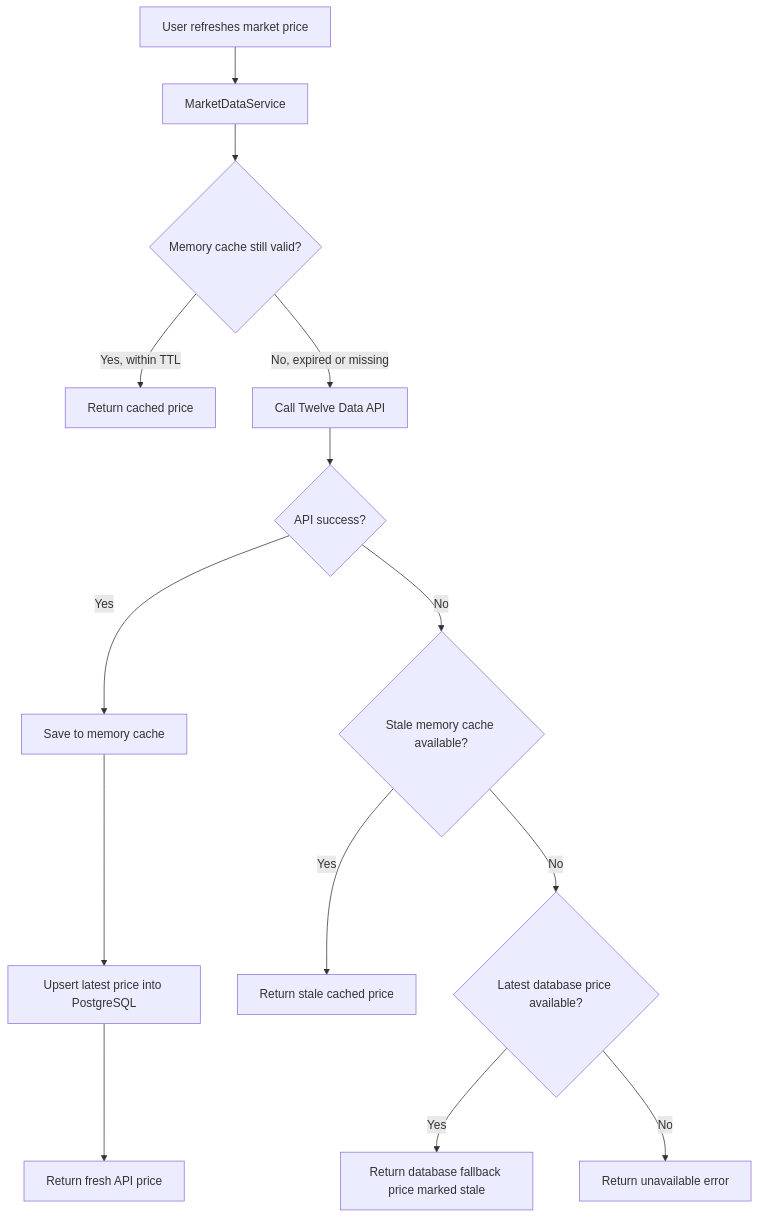
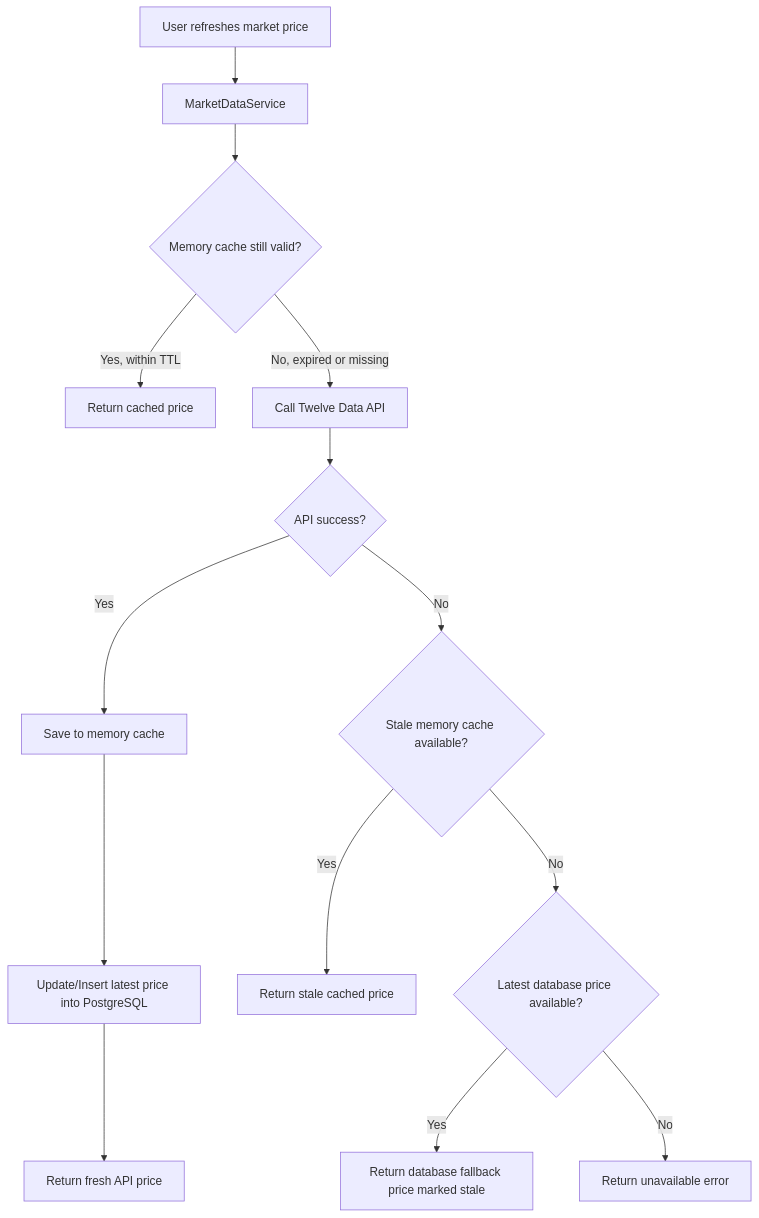
The diagram in README.md (chawki-Y/trade-lifecycle-management-system), drawn with Mermaid before and after one commit. The commit also changed other lines of this file, not shown here.

````diff
--- a/README.md
+++ b/README.md
@@ -425,16 +425,16 @@
 ```mermaid
 flowchart TD
     A["User refreshes market price"] --> B["MarketDataService"]
     B --> C{"Memory cache still valid?"}
     C -- "Yes, within TTL" --> D["Return cached price"]
     C -- "No, expired or missing" --> E["Call Twelve Data API"]
     E --> F{"API success?"}
     F -- "Yes" --> G["Save to memory cache"]
-    G --> H["Upsert latest price into PostgreSQL"]
+    G --> H["Update/Insert latest price into PostgreSQL"]
     H --> I["Return fresh API price"]
     F -- "No" --> J{"Stale memory cache available?"}
     J -- "Yes" --> K["Return stale cached price"]
     J -- "No" --> L{"Latest database price available?"}
     L -- "Yes" --> M["Return database fallback price marked stale"]
     L -- "No" --> N["Return unavailable error"]
 ```
````
